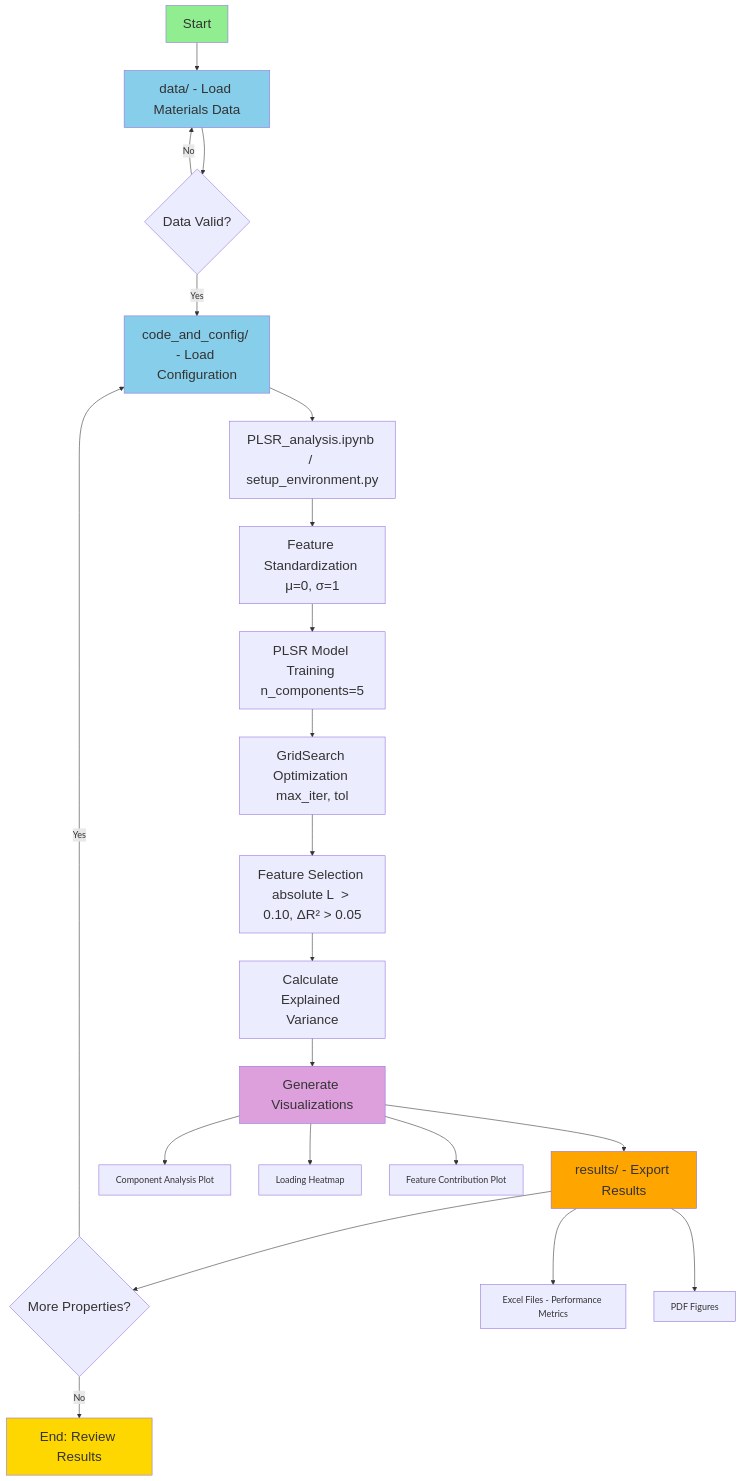
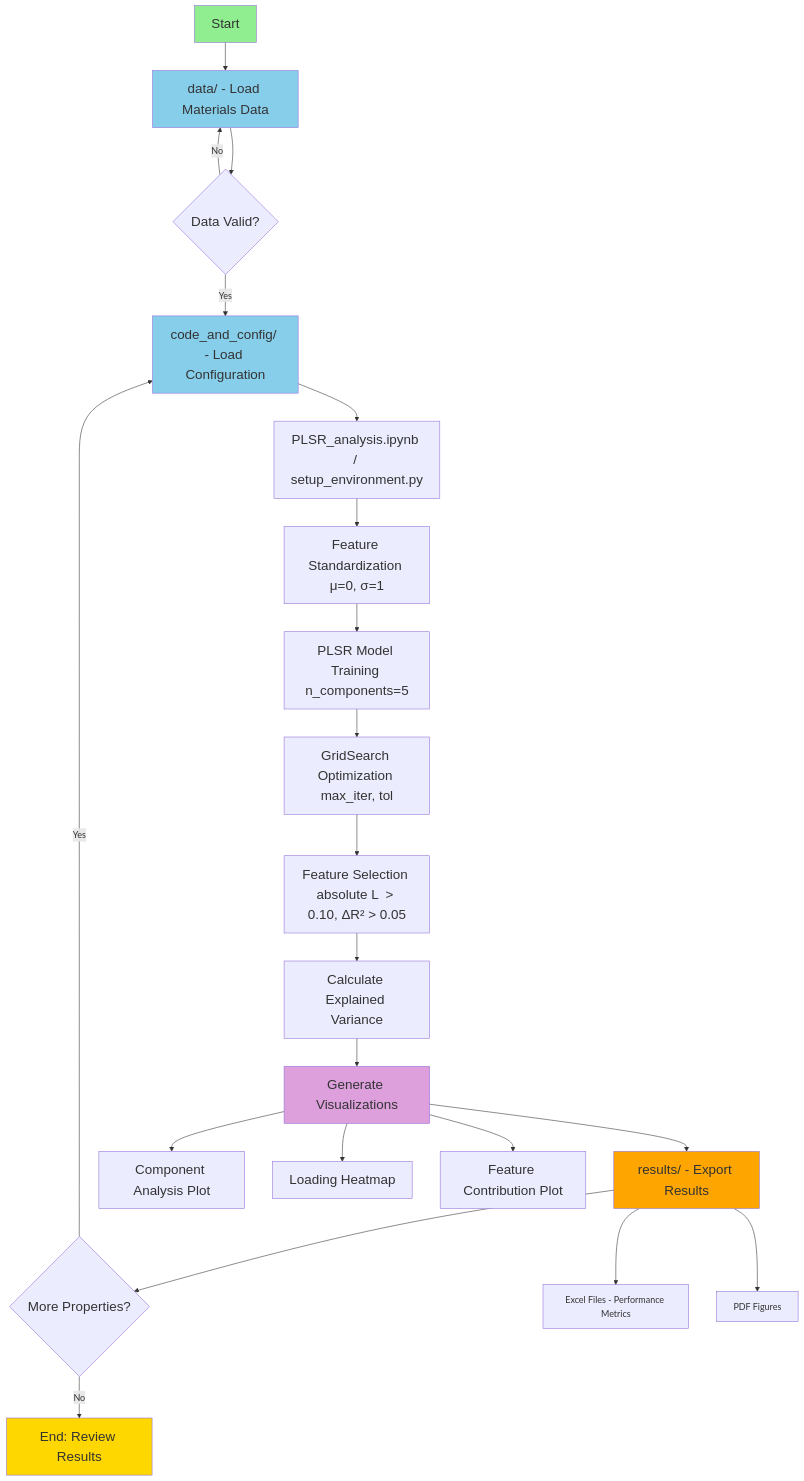
The diagram in plsr_feature_selection/README.md (Shaswat-qm-researcher/Physics-Informed-Symbolic-Regression-for-Phonon-Related-Property-Prediction-and-Materials-Discovery), drawn with Mermaid before and after one commit.

````diff
--- a/plsr_feature_selection/README.md
+++ b/plsr_feature_selection/README.md
@@ -24,40 +24,43 @@
 ```mermaid
 flowchart TD
     A[Start] --> B[data/ - Load Materials Data]
     B --> C{Data Valid?}
     C -->|No| B
     C -->|Yes| D[code_and_config/ - Load Configuration]
     D --> E[PLSR_analysis.ipynb / setup_environment.py]
     E --> F[Feature Standardization μ=0, σ=1]
     F --> G[PLSR Model Training n_components=5]
     G --> H[GridSearch Optimization max_iter, tol]
     H --> I[Feature Selection absolute L  > 0.10, ΔR² > 0.05]
     I --> J[Calculate Explained Variance]
     J --> K[Generate Visualizations]
     K --> L[results/ - Export Results]
     L --> M{More Properties?}
     M -->|Yes| D
     M -->|No| N[End: Review Results]
     
     K --> K1[Component Analysis Plot]
     K --> K2[Loading Heatmap]
     K --> K3[Feature Contribution Plot]
     
     L --> L1[Excel Files - Performance Metrics]
     L --> L2[PDF Figures]
 
 style A fill:#90EE90, font-size:24px, font-family:Arial
 style B fill:#87CEEB, font-size:24px, font-family:Arial
 style C font-size:24px, font-family:Arial
 style D fill:#87CEEB, font-size:24px, font-family:Arial
 style E font-size:24px, font-family:Arial
 style F font-size:24px, font-family:Arial
 style G font-size:24px, font-family:Arial
 style H font-size:24px, font-family:Arial
 style I font-size:24px, font-family:Arial
 style J font-size:24px, font-family:Arial
 style K fill:#DDA0DD, font-size:24px, font-family:Arial
+style K1 font-size:24px, font-family:Arial
+style K2 font-size:24px, font-family:Arial
+style K3 font-size:24px, font-family:Arial
 style L fill:#FFA500, font-size:24px, font-family:Arial
 style M font-size:24px, font-family:Arial
 style N fill:#FFD700, font-size:24px, font-family:Arial
 ```
````
